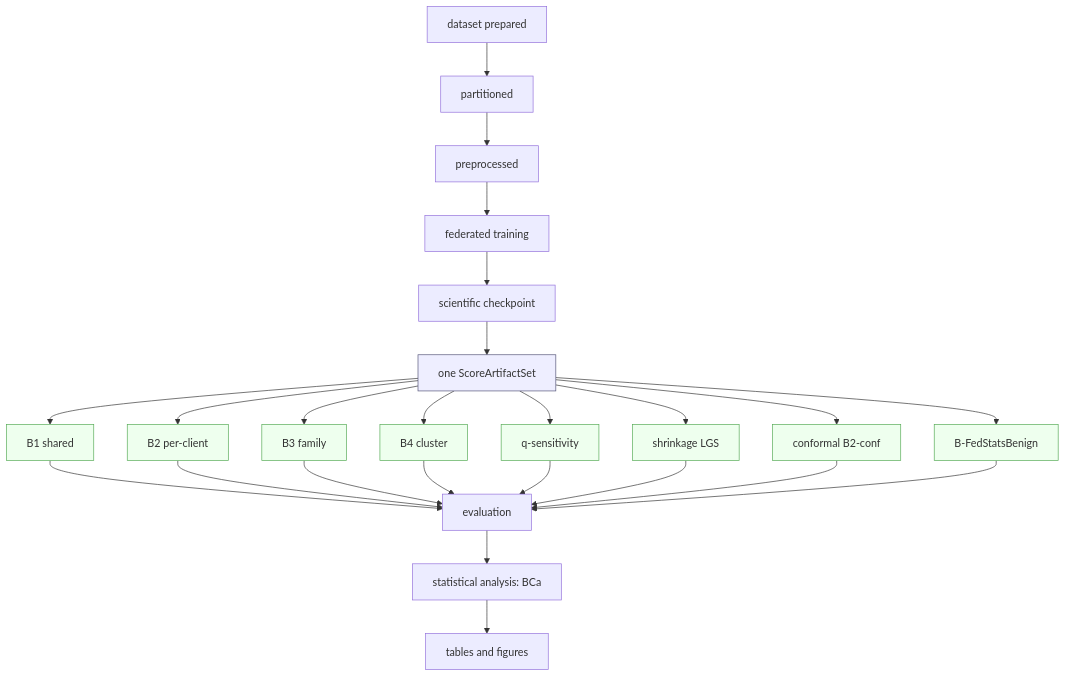
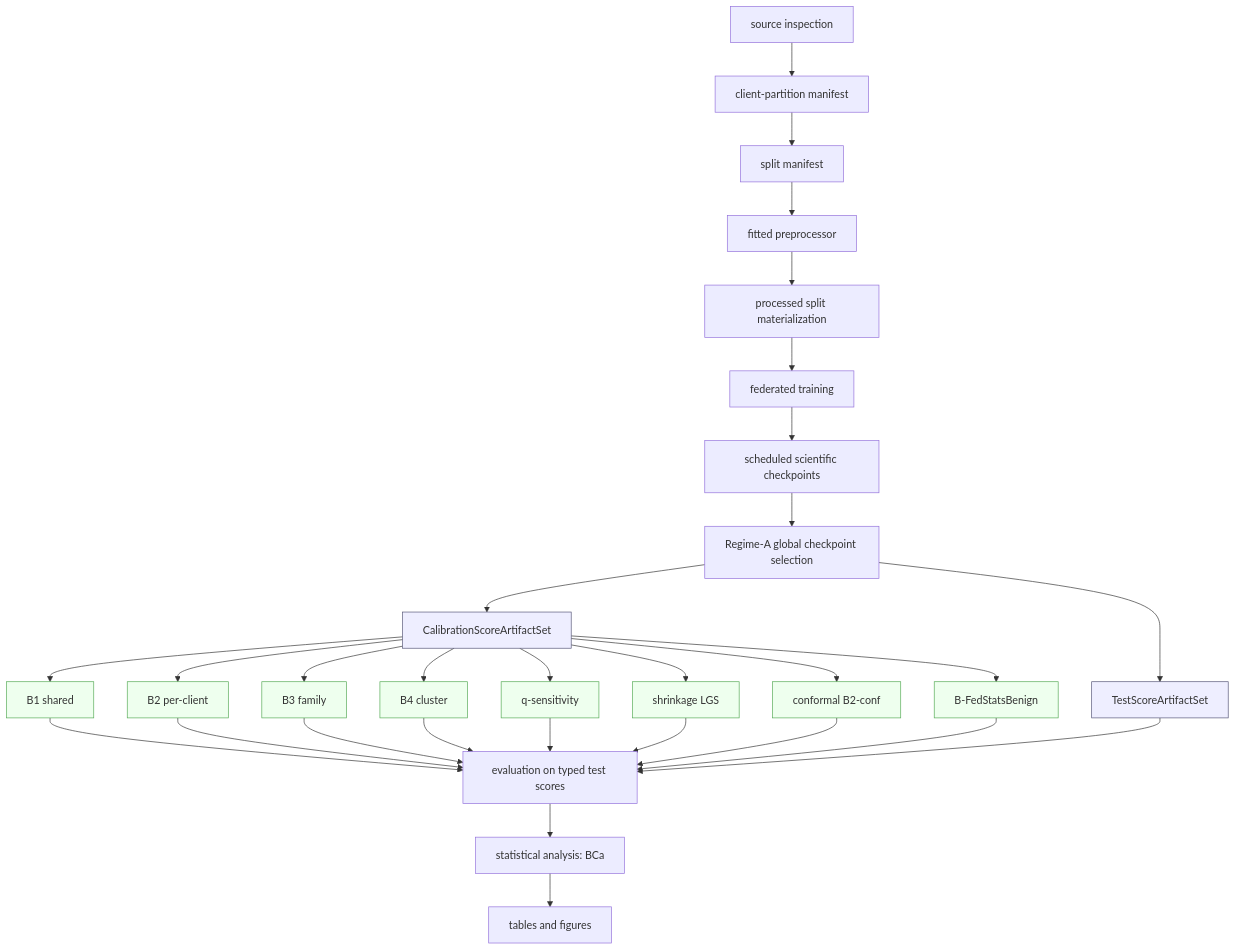
One commit to naslouby-salahe/datp-core changed the fourth of 10 diagrams in docs/DATP Core Architecture.md. Above: the diagram before and after it, drawn with Mermaid. The commit also changed other lines of this file, not shown here.

Commit message:
Update architecture

````diff
--- a/docs/DATP Core Architecture.md
+++ b/docs/DATP Core Architecture.md
@@ -1038,31 +1281,36 @@
 ```mermaid
 graph TD
-    DS[dataset prepared] --> PT[partitioned]
-    PT --> PP[preprocessed]
-    PP --> TR[federated training]
-    TR --> CK[scientific checkpoint]
-    CK --> SC[one ScoreArtifactSet]
-    SC --> B1[B1 shared]
-    SC --> B2[B2 per-client]
-    SC --> B3[B3 family]
-    SC --> B4[B4 cluster]
-    SC --> QV[q-sensitivity]
-    SC --> SH[shrinkage LGS]
-    SC --> CF[conformal B2-conf]
-    SC --> FS[B-FedStatsBenign]
-    B1 --> EV[evaluation]
+    DS[source inspection] --> PT[client-partition manifest]
+    PT --> SP[split manifest]
+    SP --> PF[fitted preprocessor]
+    PF --> PM[processed split materialization]
+    PM --> TR[federated training]
+    TR --> CK[scheduled scientific checkpoints]
+    CK --> CS[Regime-A global checkpoint selection]
+    CS --> CA[CalibrationScoreArtifactSet]
+    CS --> TS[TestScoreArtifactSet]
+    CA --> B1[B1 shared]
+    CA --> B2[B2 per-client]
+    CA --> B3[B3 family]
+    CA --> B4[B4 cluster]
+    CA --> QV[q-sensitivity]
+    CA --> SH[shrinkage LGS]
+    CA --> CF[conformal B2-conf]
+    CA --> FS[B-FedStatsBenign]
+    B1 --> EV[evaluation on typed test scores]
     B2 --> EV
     B3 --> EV
     B4 --> EV
     QV --> EV
     SH --> EV
     CF --> EV
     FS --> EV
+    TS --> EV
     EV --> ST[statistical analysis: BCa]
     ST --> RP[tables and figures]
 
     classDef shared fill:#eef,stroke:#557;
     classDef policy fill:#efe,stroke:#5a5;
-    class SC shared;
+    class CA,TS shared;
     class B1,B2,B3,B4,QV,SH,CF,FS policy;
 ```
````
